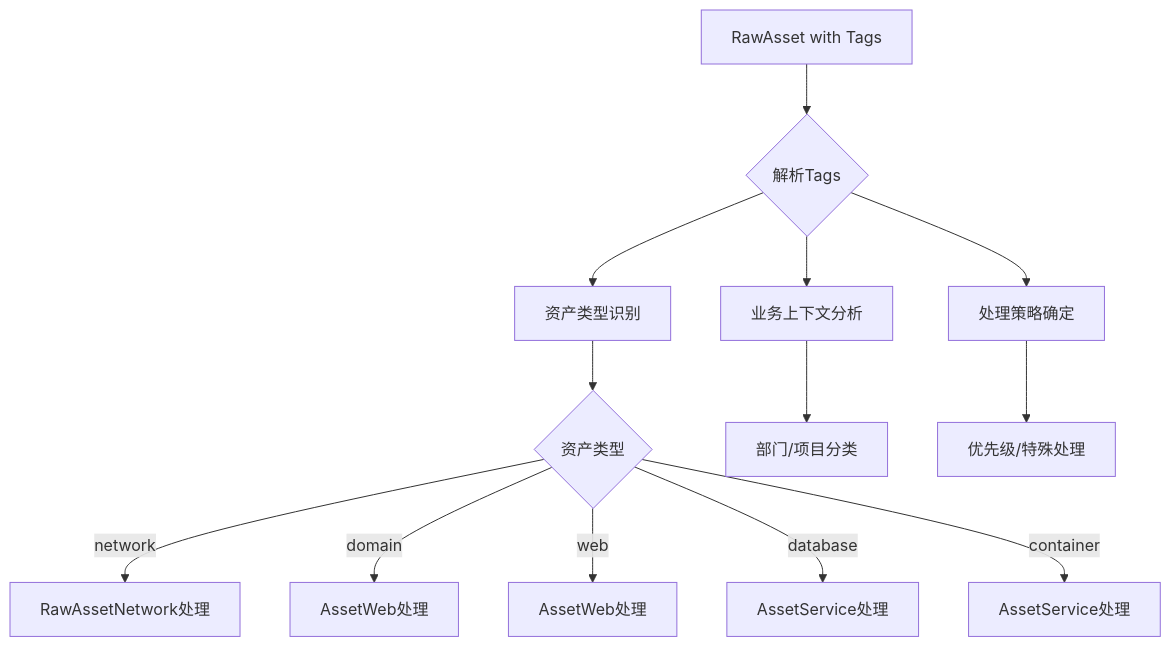
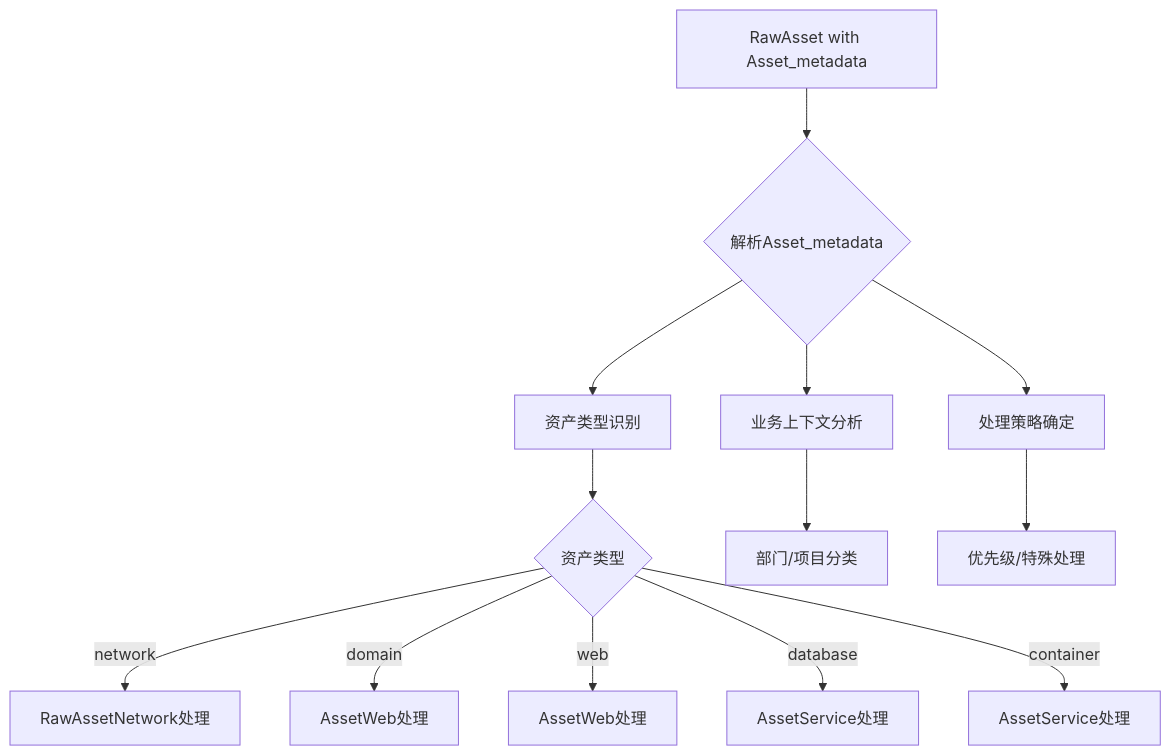
One commit to sun977/NeoScan changed the first of 2 diagrams in neoMaster/docs/asset资产模块设计/RawAsset_asset_metadata结构设计.md. Above: the diagram before and after it, drawn with Mermaid. The commit also changed other lines of this file and 1 other file, not shown here.

````diff
--- a/neoMaster/docs/asset资产模块设计/RawAsset_asset_metadata结构设计.md
+++ b/neoMaster/docs/asset资产模块设计/RawAsset_asset_metadata结构设计.md
@@ -149,15 +149,15 @@
 ```mermaid
 graph TD
-    A[RawAsset with Tags] --> B{解析Tags}
+    A[RawAsset with Asset_metadata] --> B{解析Asset_metadata}
     B --> C[资产类型识别]
     B --> D[业务上下文分析]
     B --> E[处理策略确定]
     C --> F{资产类型}
     F -->|network| G[RawAssetNetwork处理]
     F -->|domain| H[AssetWeb处理]
     F -->|web| I[AssetWeb处理]
     F -->|database| J[AssetService处理]
     F -->|container| K[AssetService处理]
     D --> L[部门/项目分类]
     E --> M[优先级/特殊处理]
 ```
````
